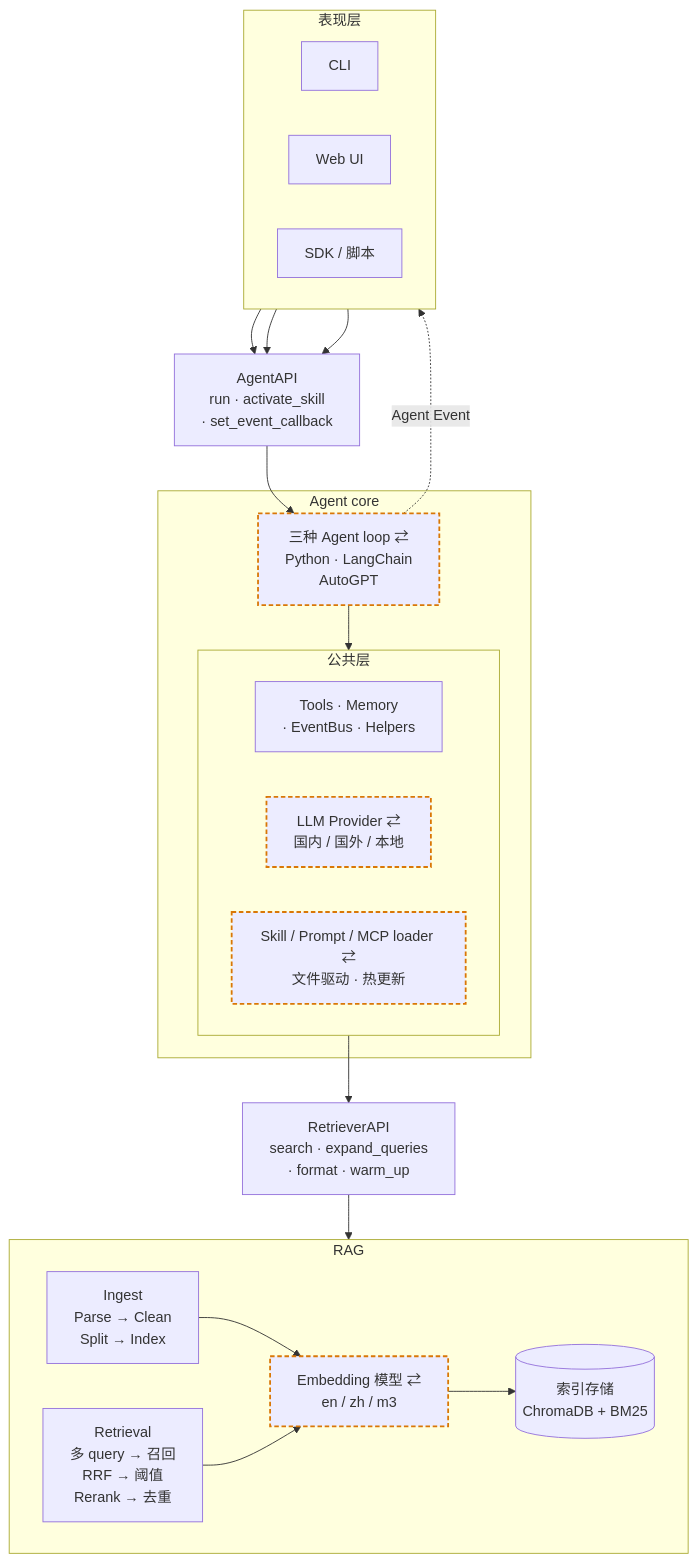
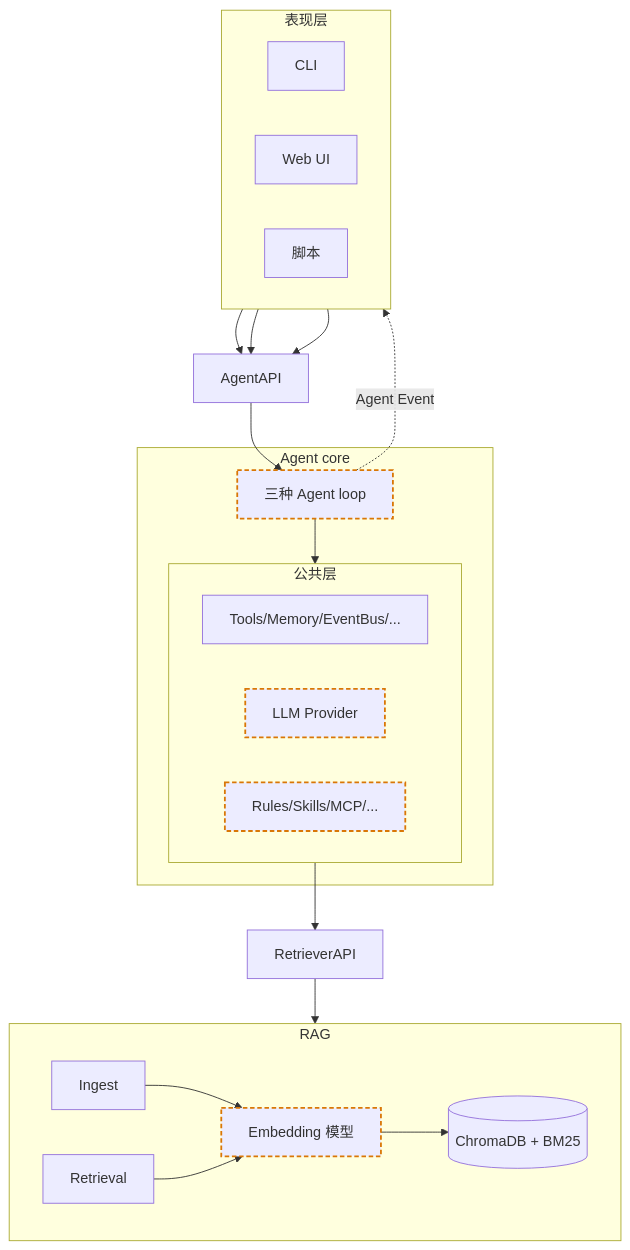
One commit to michaelwangzhenan/AgentA changed the first of 27 diagrams in docs/design.md. Above: the diagram before and after it, drawn with Mermaid. The commit also changed other lines of this file and 13 other files, not shown here.

````diff
--- a/docs/design.md
+++ b/docs/design.md
@@ -27,46 +27,47 @@
 ```mermaid
+
 flowchart TB
     subgraph PRESENT["表现层"]
         direction LR
         CLI["CLI"]
         WEB["Web UI"]
-        SDK["SDK / 脚本"]
+        SDK["脚本"]
     end
 
-    AAPI["AgentAPI<br/>run · activate_skill<br/>· set_event_callback"]
+    AAPI["AgentAPI"]
 
     subgraph AGENT["Agent core"]
-        IMP["三种 Agent loop ⇄<br/>Python · LangChain<br/>AutoGPT"]
+        IMP["三种 Agent loop"]
         subgraph SHARED["公共层"]
             direction LR
-            BASE["Tools · Memory<br/> · EventBus · Helpers"]
-            LLMP["LLM Provider ⇄<br/>国内 / 国外 / 本地"]
-            FILES["Skill / Prompt / MCP loader ⇄<br/>文件驱动 · 热更新"]
+            BASE["Tools/Memory/EventBus/..."]
+            LLMP["LLM Provider"]
+            FILES["Rules/Skills/MCP/..."]
         end
         IMP --> SHARED
     end
 
-    RAPI["RetrieverAPI<br/>search · expand_queries<br/>· format · warm_up"]
+    RAPI["RetrieverAPI"]
 
     subgraph RAG_BOX["RAG"]
         direction LR
-        ING["Ingest<br/>Parse → Clean<br/>Split → Index"]
-        EMB["Embedding 模型 ⇄<br/>en / zh / m3"]
-        IDX[("索引存储<br/>ChromaDB + BM25")]
-        RET["Retrieval<br/>多 query → 召回<br/>RRF → 阈值<br/>Rerank → 去重"]
+        ING["Ingest"]
+        EMB["Embedding 模型"]
+        IDX[("ChromaDB + BM25")]
+        RET["Retrieval"]
         ING --> EMB
         EMB --> IDX
         RET --> EMB
     end
 
     CLI --> AAPI
     WEB --> AAPI
     SDK --> AAPI
     AAPI --> IMP
     IMP -.->|Agent Event| PRESENT
     SHARED --> RAPI
     RAPI --> RET
 
     classDef swappable stroke:#d97706,stroke-width:2px,stroke-dasharray:5 3
     class IMP,LLMP,FILES,EMB swappable
 ```
````
